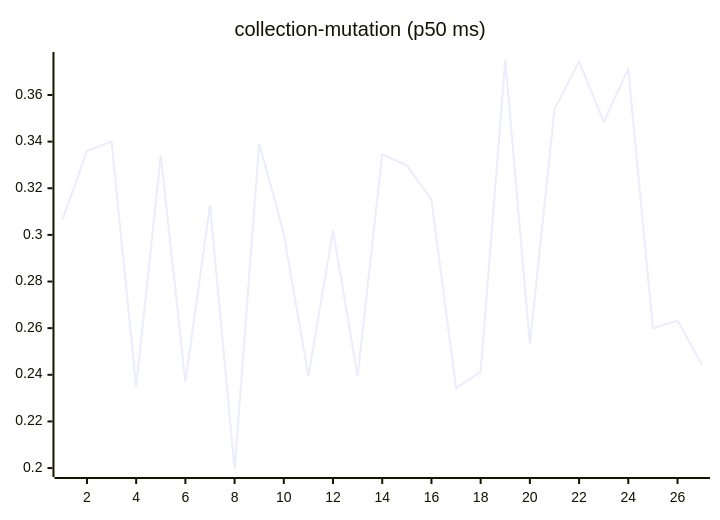
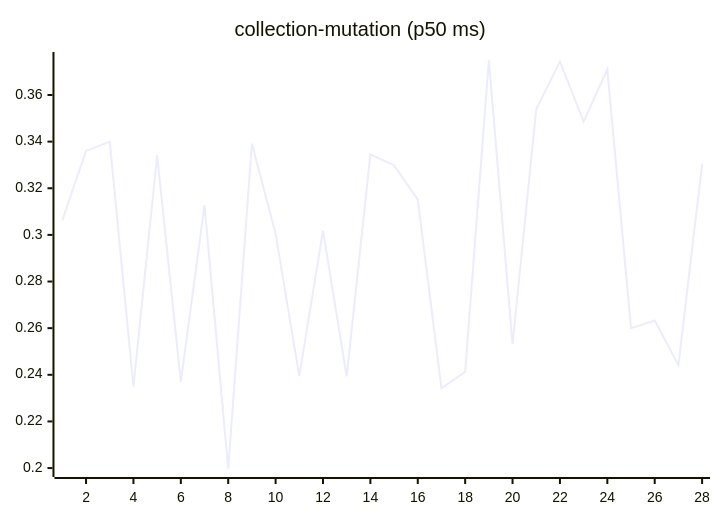
One commit to josha/Facet changed the sixth of 27 diagrams in README.md. Above: the diagram before and after it, drawn with Mermaid. The commit also changed other lines of this file and 2 other files, not shown here.

````diff
--- a/README.md
+++ b/README.md
@@ -98,6 +98,6 @@
 ```mermaid
 xychart-beta
     title "collection-mutation (p50 ms)"
-    x-axis 1 --> 27
-    line [0.3063, 0.3360, 0.3400, 0.2349, 0.3341, 0.2370, 0.3128, 0.1996, 0.3392, 0.3005, 0.2394, 0.3018, 0.2393, 0.3345, 0.3298, 0.3151, 0.2342, 0.2413, 0.3750, 0.2531, 0.3539, 0.3743, 0.3486, 0.3710, 0.2600, 0.2633, 0.2441]
+    x-axis 1 --> 28
+    line [0.3063, 0.3360, 0.3400, 0.2349, 0.3341, 0.2370, 0.3128, 0.1996, 0.3392, 0.3005, 0.2394, 0.3018, 0.2393, 0.3345, 0.3298, 0.3151, 0.2342, 0.2413, 0.3750, 0.2531, 0.3539, 0.3743, 0.3486, 0.3710, 0.2600, 0.2633, 0.2441, 0.3302]
 ```
````
